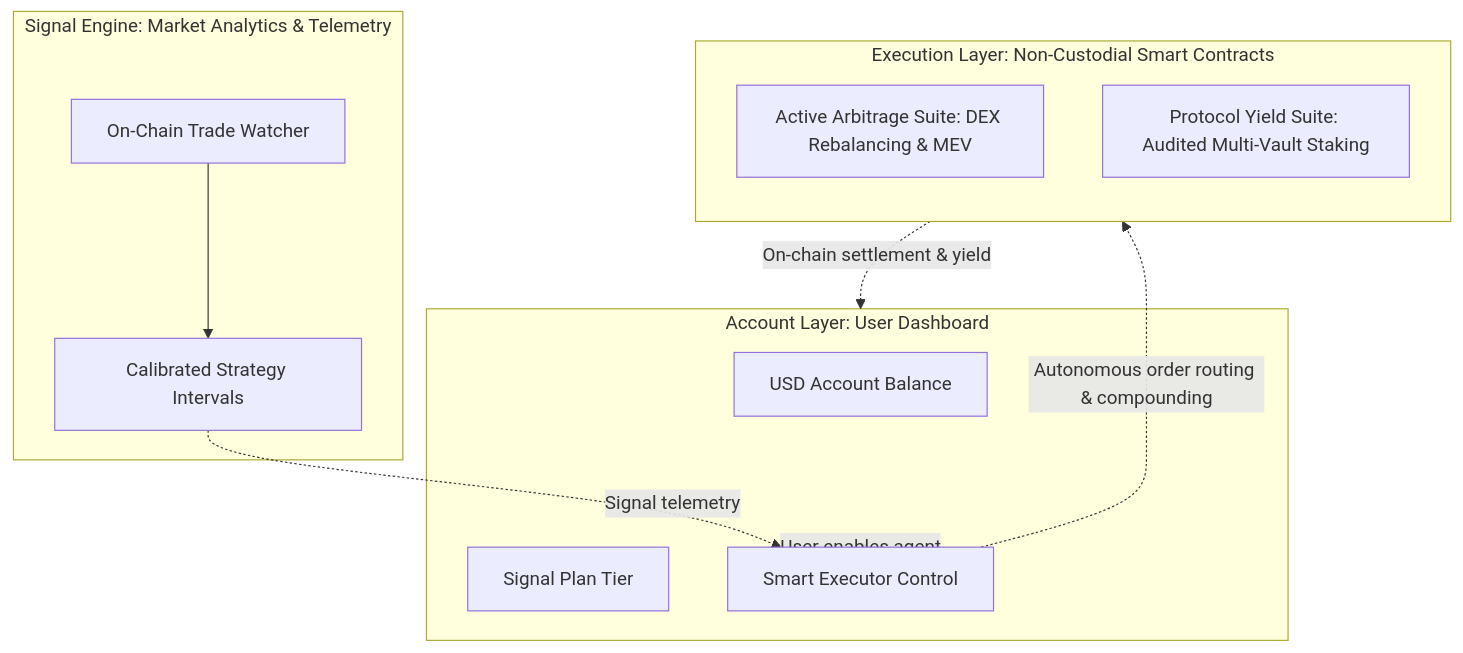
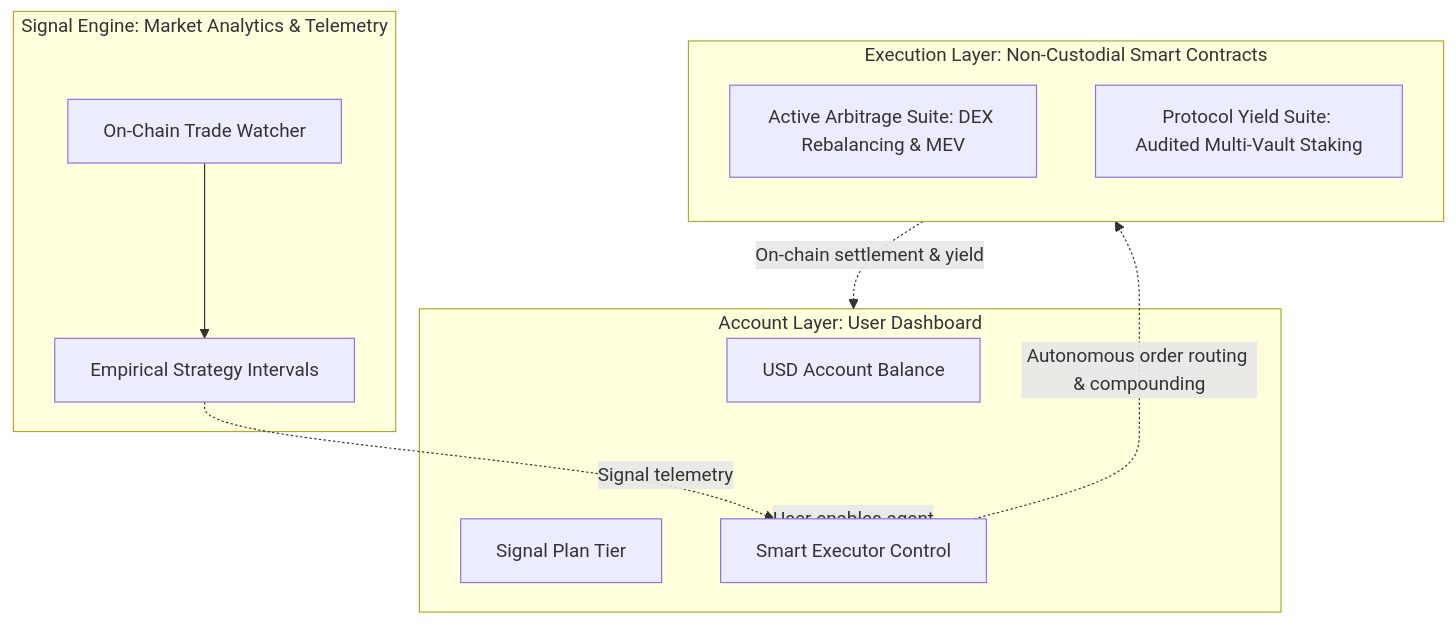
The diagram in introduction/what-blackquant-is.mdx (rempprandy/docs), drawn with Mermaid before and after one commit. The commit also changed 15 other files, not shown here.

````diff
--- a/introduction/what-blackquant-is.mdx
+++ b/introduction/what-blackquant-is.mdx
@@ -39,22 +39,22 @@
 ```mermaid
 flowchart TB
     subgraph Measure["Signal Engine: Market Analytics & Telemetry"]
         SE[On-Chain Trade Watcher]
-        ST[Calibrated Strategy Intervals]
+        ST[Empirical Strategy Intervals]
         SE --> ST
     end
     subgraph Execute["Execution Layer: Non-Custodial Smart Contracts"]
         direction TB
         ARB[Active Arbitrage Suite: DEX Rebalancing & MEV]
         YLD[Protocol Yield Suite: Audited Multi-Vault Staking]
     end
     subgraph Account["Account Layer: User Dashboard"]
         BAL[USD Account Balance]
         SUB[Signal Plan Tier]
         EXE[Smart Executor Control]
     end
     ST -.Signal telemetry.-> EXE
     Account -.User enables agent.-> EXE
     EXE -.Autonomous order routing & compounding.-> Execute
     Execute -.On-chain settlement & yield.-> Account
 ```
````
